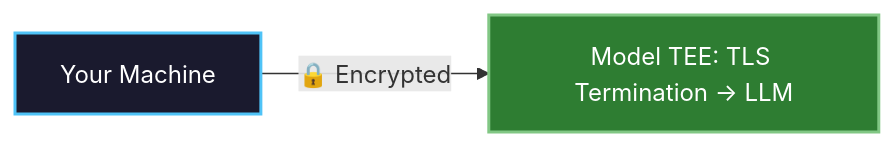
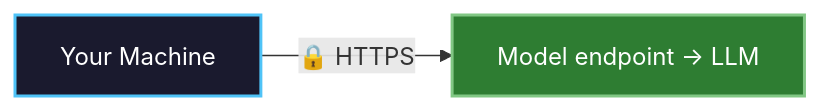
One commit to nearai/docs changed the second of 2 diagrams in cloud/private-inference.mdx. Above: the diagram before and after it, drawn with Mermaid. The commit also changed other lines of this file and 7 other files, not shown here.

````diff
--- a/cloud/private-inference.mdx
+++ b/cloud/private-inference.mdx
@@ -72,7 +72,7 @@
 ```mermaid
 flowchart LR
-    A["Your Machine"] -->|"🔒 Encrypted"| C["Model TEE: TLS Termination → LLM"]
+    A["Your Machine"] -->|"🔒 HTTPS"| C["Model endpoint → LLM"]
 
     style A fill:#1a1a2e,stroke:#4fc3f7,stroke-width:2px,color:#fff
     style C fill:#2e7d32,stroke:#81c784,stroke-width:2px,color:#fff
 ```
````
